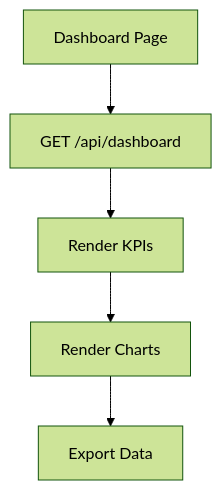
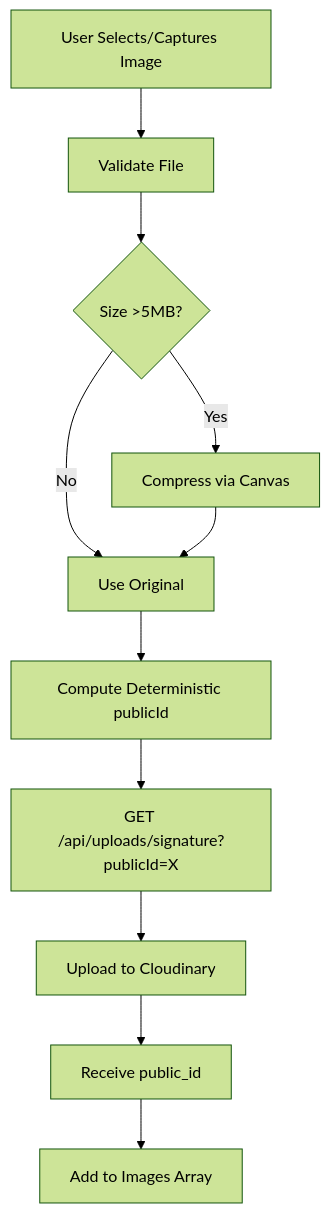
One commit to bharatbhusal/track-my-biryani changed the fifth of 5 diagrams in docs/UX.md. Above: the diagram before and after it, drawn with Mermaid (forest theme). The commit also changed other lines of this file and 53 other files, not shown here.

````diff
--- a/docs/UX.md
+++ b/docs/UX.md
@@ -50,7 +117,14 @@
 ```mermaid
 flowchart TD
-A[Dashboard Page] --> B[GET /api/dashboard]
-B --> C[Render KPIs]
-C --> D[Render Charts]
-D --> E[Export Data]
+  A[User Selects/Captures Image] --> B[Validate File]
+  B --> C{Size >5MB?}
+  C -->|Yes| D[Compress via Canvas]
+  C -->|No| E[Use Original]
+  D --> E
+  E --> F[Compute Deterministic publicId]
+  F --> G[GET /api/uploads/signature?publicId=X]
+  G --> H[Upload to Cloudinary]
+  H --> I[Receive public_id]
+  I --> J[Add to Images Array]
+
 ```
````
